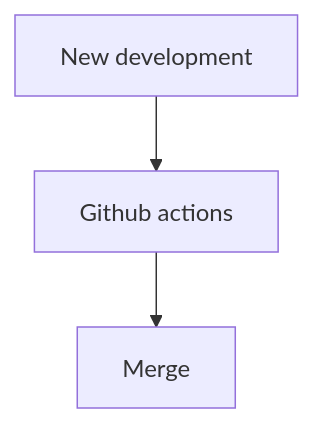
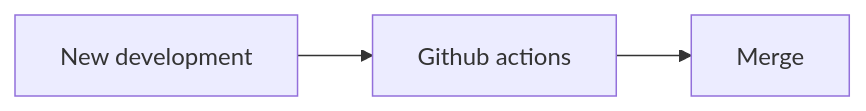
Before and after one commit to Deltares/Ribasim: the first of 3 diagrams in docs/contribute/ci.qmd, drawn with Mermaid. The commit also changed other lines of this file, not shown here.

````diff
--- a/docs/contribute/ci.qmd
+++ b/docs/contribute/ci.qmd
@@ -21,5 +21,5 @@
 ```{mermaid}
-graph TD
+graph LR
     A[New development]-->B[Github actions]
     B-->C[Merge]
 ```
````
